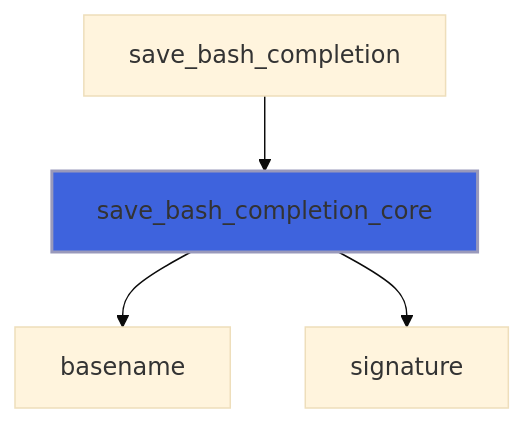
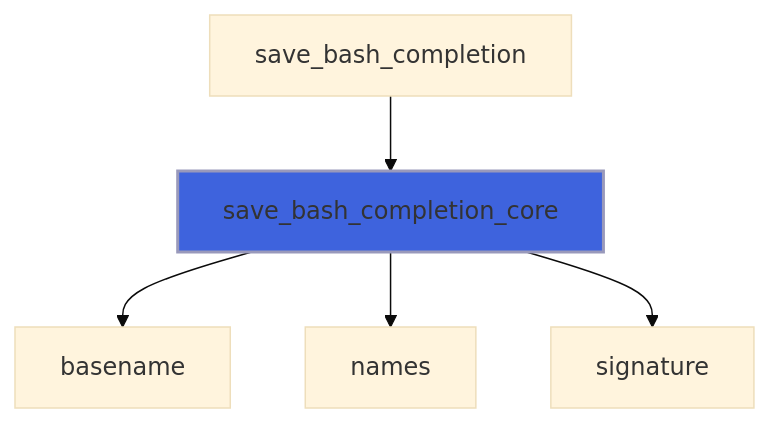
Before and after one commit to szaghi/FLAP: diagram 36 of 57 in docs/api/src/lib/flap_command_line_interface_t.md, drawn with Mermaid (base theme). The commit also changed other lines of this file and 12 other files, not shown here.

````diff
--- a/docs/api/src/lib/flap_command_line_interface_t.md
+++ b/docs/api/src/lib/flap_command_line_interface_t.md
@@ -1388,7 +1399,8 @@
 ```mermaid
 flowchart TD
   save_bash_completion["save_bash_completion"] --> save_bash_completion_core["save_bash_completion_core"]
   save_bash_completion_core["save_bash_completion_core"] --> basename["basename"]
+  save_bash_completion_core["save_bash_completion_core"] --> names["names"]
   save_bash_completion_core["save_bash_completion_core"] --> signature["signature"]
   style save_bash_completion_core fill:#3e63dd,stroke:#99b,stroke-width:2px
 ```
````
